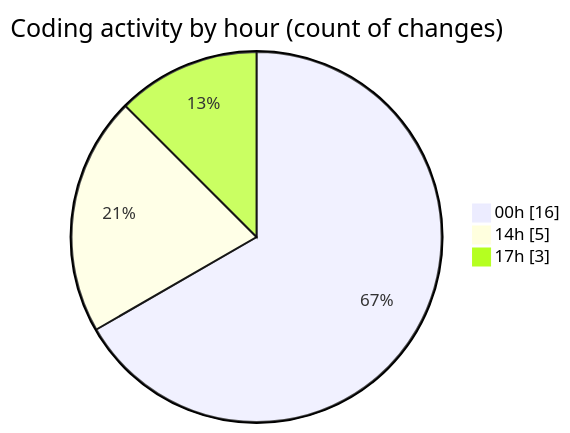
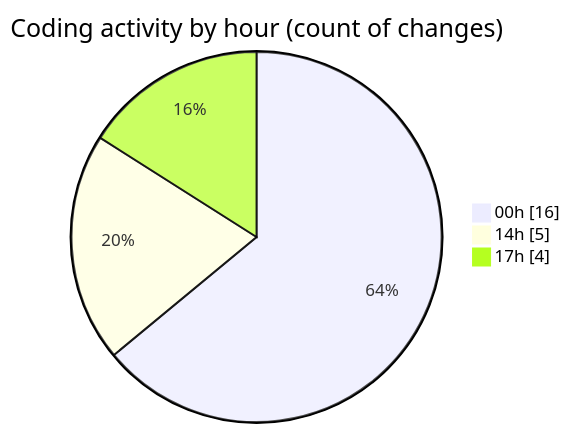
The second of 2 diagrams in 2025-08-01/tw-server/README.md (EIIisD/code-tracking), drawn with Mermaid before and after one commit. The commit also changed other lines of this file and 1 other file, not shown here.

````diff
--- a/2025-08-01/tw-server/README.md
+++ b/2025-08-01/tw-server/README.md
@@ -33,7 +33,7 @@
 ```mermaid
 pie showData
 title Coding activity by hour (count of changes)
 "00h" : 16
 "14h" : 5
-"17h" : 3
+"17h" : 4
 ```
````
